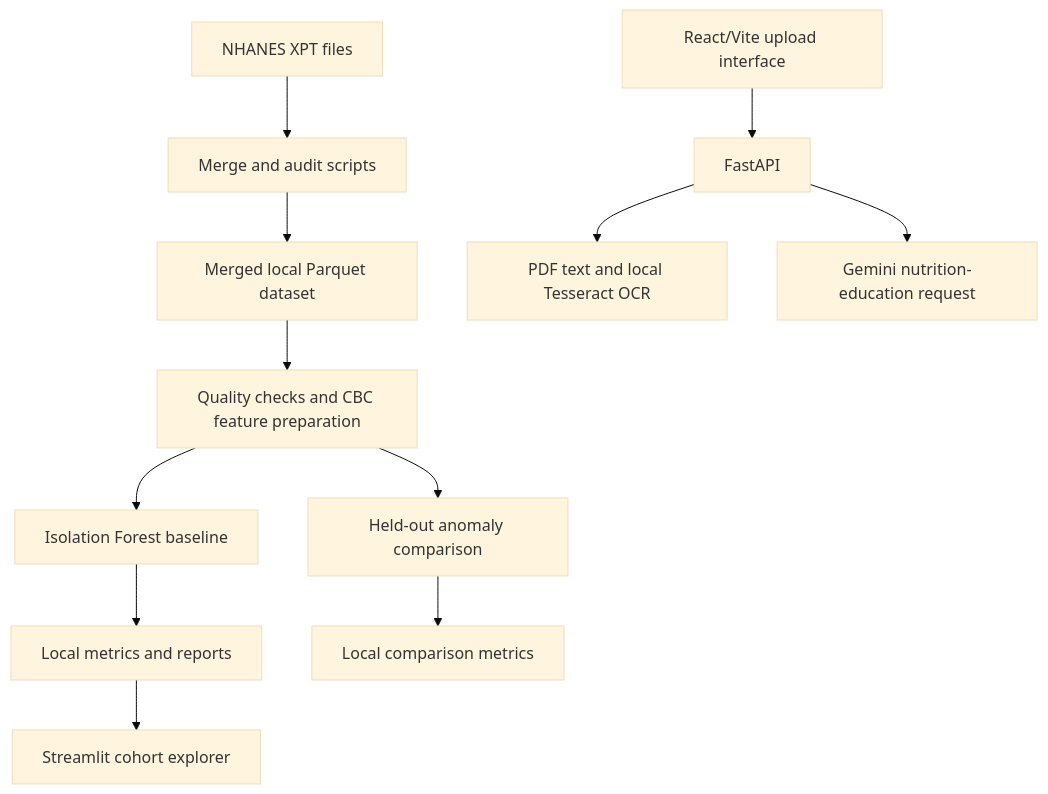
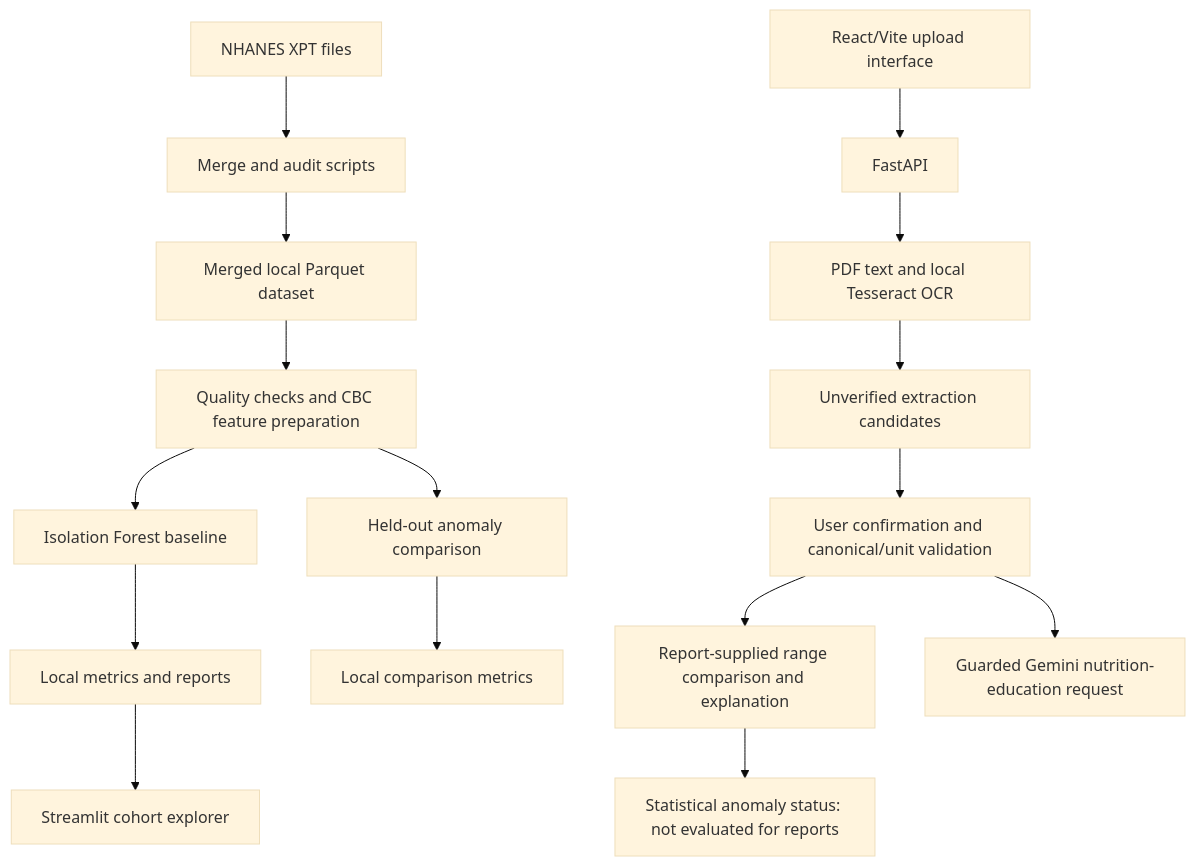
One commit to Sambhav-Ja1n/nutrifix-blood-report-ai-diet-recommender changed the diagram in README.md. Above: the diagram before and after it, drawn with Mermaid (base theme). The commit also changed other lines of this file and 7 other files, not shown here.

````diff
--- a/README.md
+++ b/README.md
@@ -26,14 +26,18 @@
 ```mermaid
 flowchart TD
   A[NHANES XPT files] --> B[Merge and audit scripts]
   B --> C[Merged local Parquet dataset]
   C --> D[Quality checks and CBC feature preparation]
   D --> E[Isolation Forest baseline]
   E --> F[Local metrics and reports]
   F --> G[Streamlit cohort explorer]
   D --> H[Held-out anomaly comparison]
   H --> I[Local comparison metrics]
   J[React/Vite upload interface] --> K[FastAPI]
   K --> L[PDF text and local Tesseract OCR]
-  K --> M[Gemini nutrition-education request]
+  L --> R[Unverified extraction candidates]
+  R --> S[User confirmation and canonical/unit validation]
+  S --> T[Report-supplied range comparison and explanation]
+  T --> U[Statistical anomaly status: not evaluated for reports]
+  S --> M[Guarded Gemini nutrition-education request]
 ```
````
